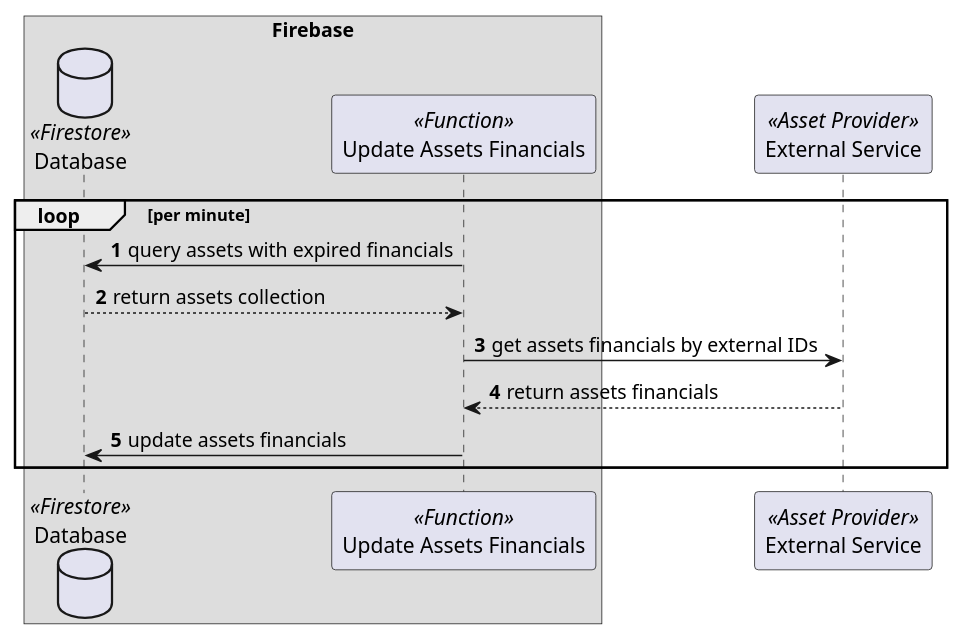
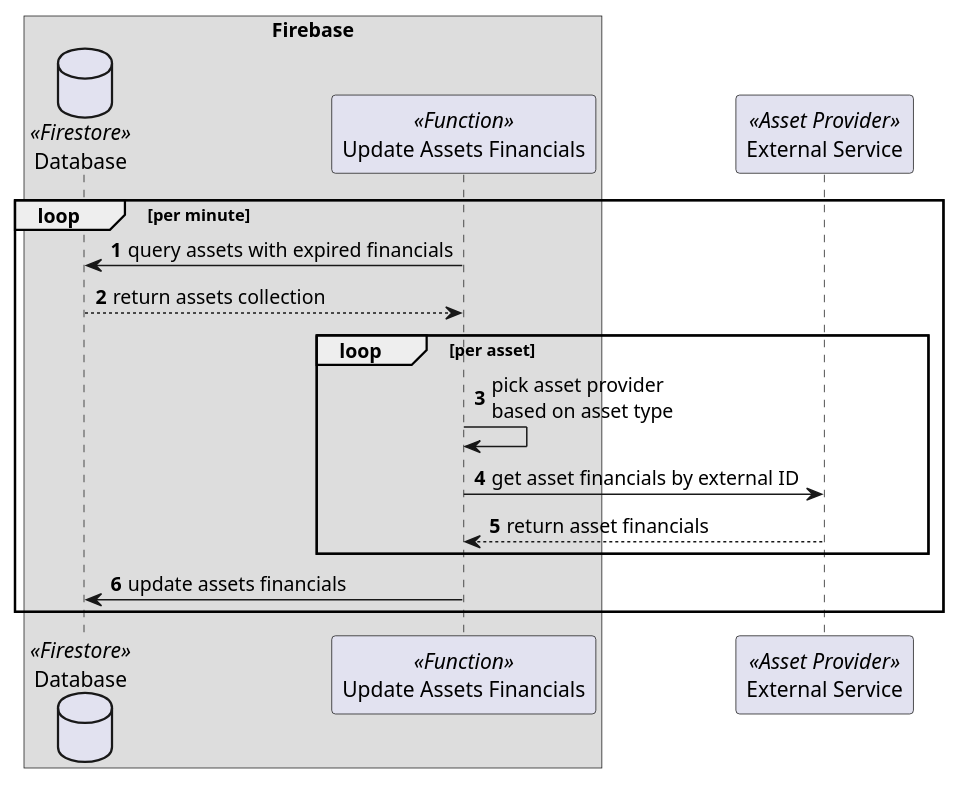
The diagram in docs/diagrams/Update-Assets-Financials-Sequence.puml (loginov-rocks/Portfolio), drawn with PlantUML before and after one commit. The commit also changed 2 other files, not shown here.

Commit message:
Firebase: Update UpdateAssetsFinancials function and sequence diagram

```diff
--- a/docs/diagrams/Update-Assets-Financials-Sequence.puml
+++ b/docs/diagrams/Update-Assets-Financials-Sequence.puml
@@ -1,19 +1,22 @@
 @startuml
 
 autonumber
 
 box Firebase
     database Database <<Firestore>>
     participant "Update Assets Financials" as UpdateAssetsFinancials <<Function>>
 end box
 participant "External Service" as ExternalService <<Asset Provider>>
 
 loop per minute
     UpdateAssetsFinancials -> Database: query assets with expired financials
     Database --> UpdateAssetsFinancials: return assets collection
-    UpdateAssetsFinancials -> ExternalService: get assets financials by external IDs
-    ExternalService --> UpdateAssetsFinancials: return assets financials
+    loop per asset
+        UpdateAssetsFinancials -> UpdateAssetsFinancials: pick asset provider\nbased on asset type
+        UpdateAssetsFinancials -> ExternalService: get asset financials by external ID
+        ExternalService --> UpdateAssetsFinancials: return asset financials
+    end
     UpdateAssetsFinancials -> Database: update assets financials
 end
 
 @enduml
```
